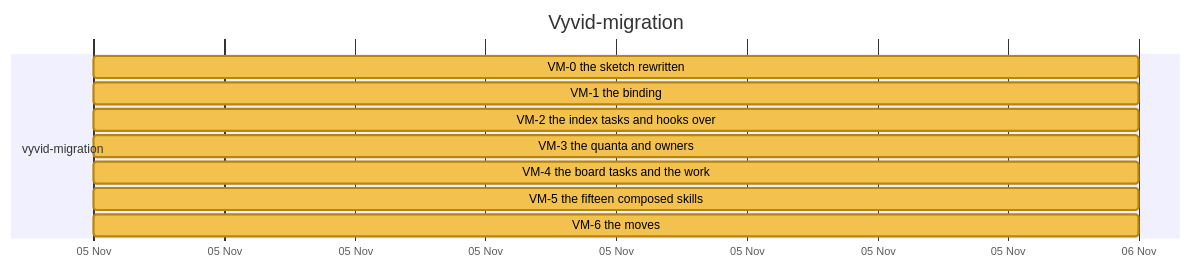
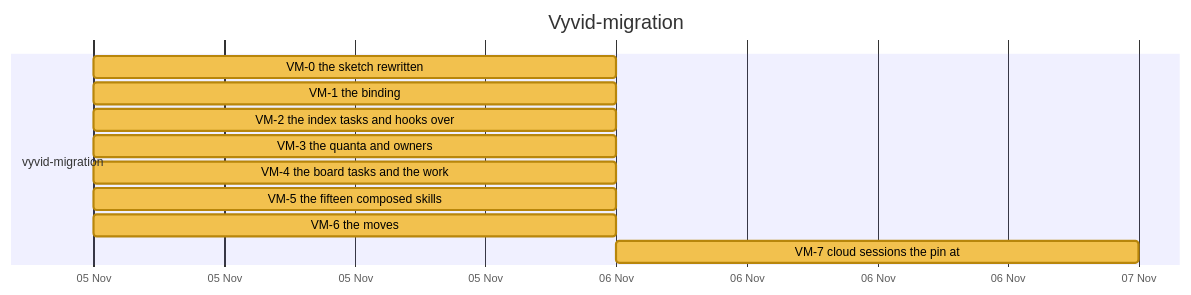
Before and after one commit to nebularis/lattice: diagram 14 of 26 in docs/developer/ROADMAP.md, drawn with Mermaid. The commit also changed other lines of this file and 10 other files, not shown here.

First line of the commit message:
[vyvid] VM-7: cloud sessions get Вивід's domains, trust and index

````diff
--- a/docs/developer/ROADMAP.md
+++ b/docs/developer/ROADMAP.md
@@ -416,15 +416,16 @@
 ```mermaid
 %%{init: {"themeVariables": {"taskBkgColor": "#f2c14e", "taskBorderColor": "#b8860b", "taskTextColor": "#000000", "activeTaskBkgColor": "#4e9af1", "activeTaskBorderColor": "#1f5fbf", "activeTaskBorderColor": "#1f5fbf", "doneTaskBkgColor": "#8fcf8f", "doneTaskBorderColor": "#2f7d32", "critBkgColor": "#f28b82", "critBorderColor": "#b23a30", "taskTextDarkColor": "#000000", "taskTextLightColor": "#000000"}}}%%
 gantt
     title Vyvid-migration
     dateFormat YYYY-MM-DD
     axisFormat %d %b
     section vyvid-migration
     VM-0 the sketch rewritten :vm0, 2026-11-05, 2026-11-06
     VM-1 the binding :vm1, 2026-11-05, 2026-11-06
     VM-2 the index tasks and hooks over :vm2, 2026-11-05, 2026-11-06
     VM-3 the quanta and owners :vm3, 2026-11-05, 2026-11-06
     VM-4 the board tasks and the work :vm4, 2026-11-05, 2026-11-06
     VM-5 the fifteen composed skills :vm5, 2026-11-05, 2026-11-06
     VM-6 the moves :vm6, 2026-11-05, 2026-11-06
+    VM-7 cloud sessions the pin at :vm7, 2026-11-06, 2026-11-07
 ```
````
